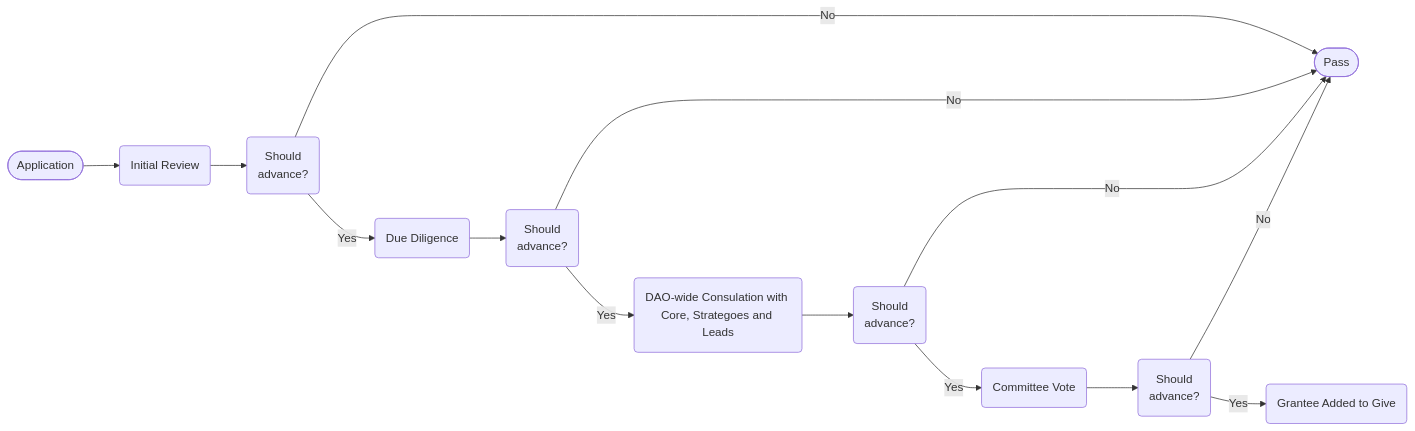
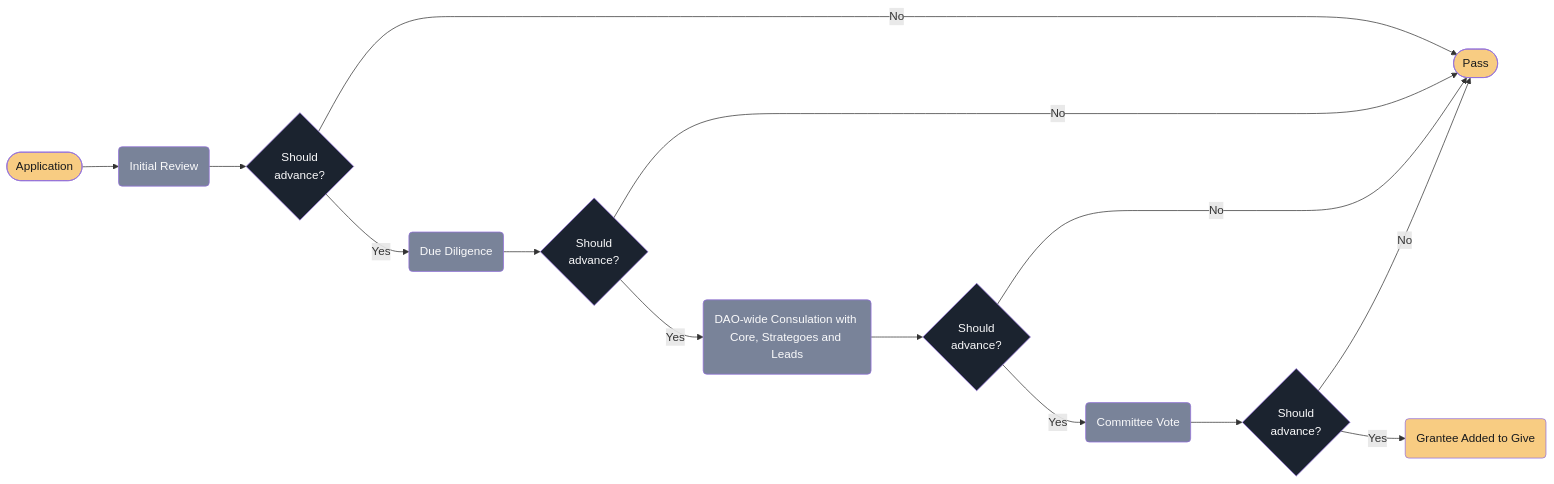
Before and after one commit to OlympusDAO-Education/Documentation: the diagram in literature-content/grant-process.mmd, drawn with Mermaid. The commit also changed 2 other files, not shown here.

Commit message:
Add styling to diagrams

```diff
--- a/literature-content/grant-process.mmd
+++ b/literature-content/grant-process.mmd
@@ -1,29 +1,32 @@
 flowchart LR
 %%{init:{'flowchart':{'nodeSpacing': 300}}}%%
 %% Nodes
-    Application([Application])
-    InitialReview(Initial Review)
-    InitialReviewAdvance(Should<br>advance?)
-    DueDiligence(Due Diligence)
-    DueDiligenceAdvance(Should<br>advance?)
-    DAOFeedback(DAO-wide Consulation with Core, Strategoes and Leads)
-    DAOFeedbackAdvance(Should<br>advance?)
-    CommitteeVote(Committee Vote)
-    CommitteeVoteDecision(Should<br>advance?)
-    GranteeAdded(Grantee Added to Give)
-    Pass([Pass])
+    Application([Application]):::gold
+    InitialReview(Initial Review):::blue
+    InitialReviewAdvance{Should<br>advance?}:::dark
+    DueDiligence(Due Diligence):::blue
+    DueDiligenceAdvance{Should<br>advance?}:::dark
+    DAOFeedback(DAO-wide Consulation with Core, Strategoes and Leads):::blue
+    DAOFeedbackAdvance{Should<br>advance?}:::dark
+    CommitteeVote(Committee Vote):::blue
+    CommitteeVoteDecision{Should<br>advance?}:::dark
+    GranteeAdded(Grantee Added to Give):::gold
+    Pass([Pass]):::gold
 %% Edges
     Application-->InitialReview
     InitialReview-->InitialReviewAdvance
     InitialReviewAdvance-->|No|Pass
     InitialReviewAdvance-->|Yes|DueDiligence
     DueDiligence-->DueDiligenceAdvance
     DueDiligenceAdvance-->|No|Pass
     DueDiligenceAdvance-->|Yes|DAOFeedback
     DAOFeedback-->DAOFeedbackAdvance
     DAOFeedbackAdvance-->|No|Pass
     DAOFeedbackAdvance-->|Yes|CommitteeVote
     CommitteeVote-->CommitteeVoteDecision
     CommitteeVoteDecision-->|No|Pass
     CommitteeVoteDecision-->|Yes|GranteeAdded
 %% Styles
+    classDef blue fill:#798399,color:#fafafb;
+    classDef dark fill:#1b232f,color:#fafafb;
+    classDef gold fill:#f8cc82,color:#181a1d;
```
